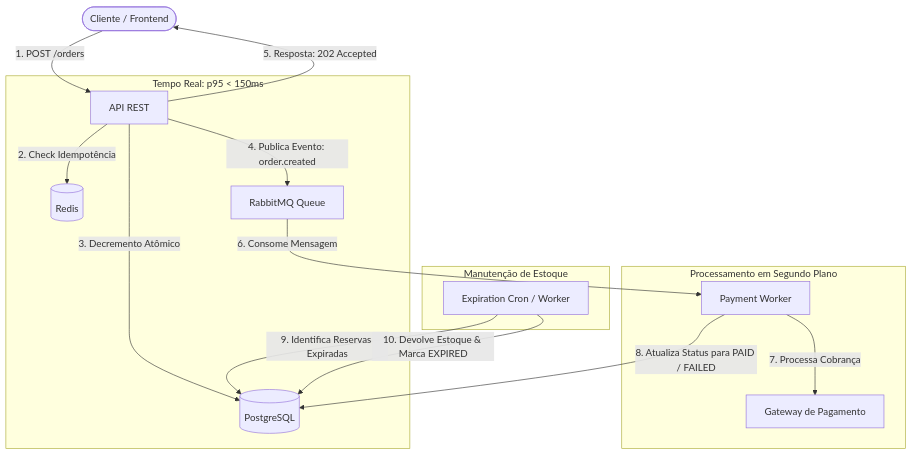
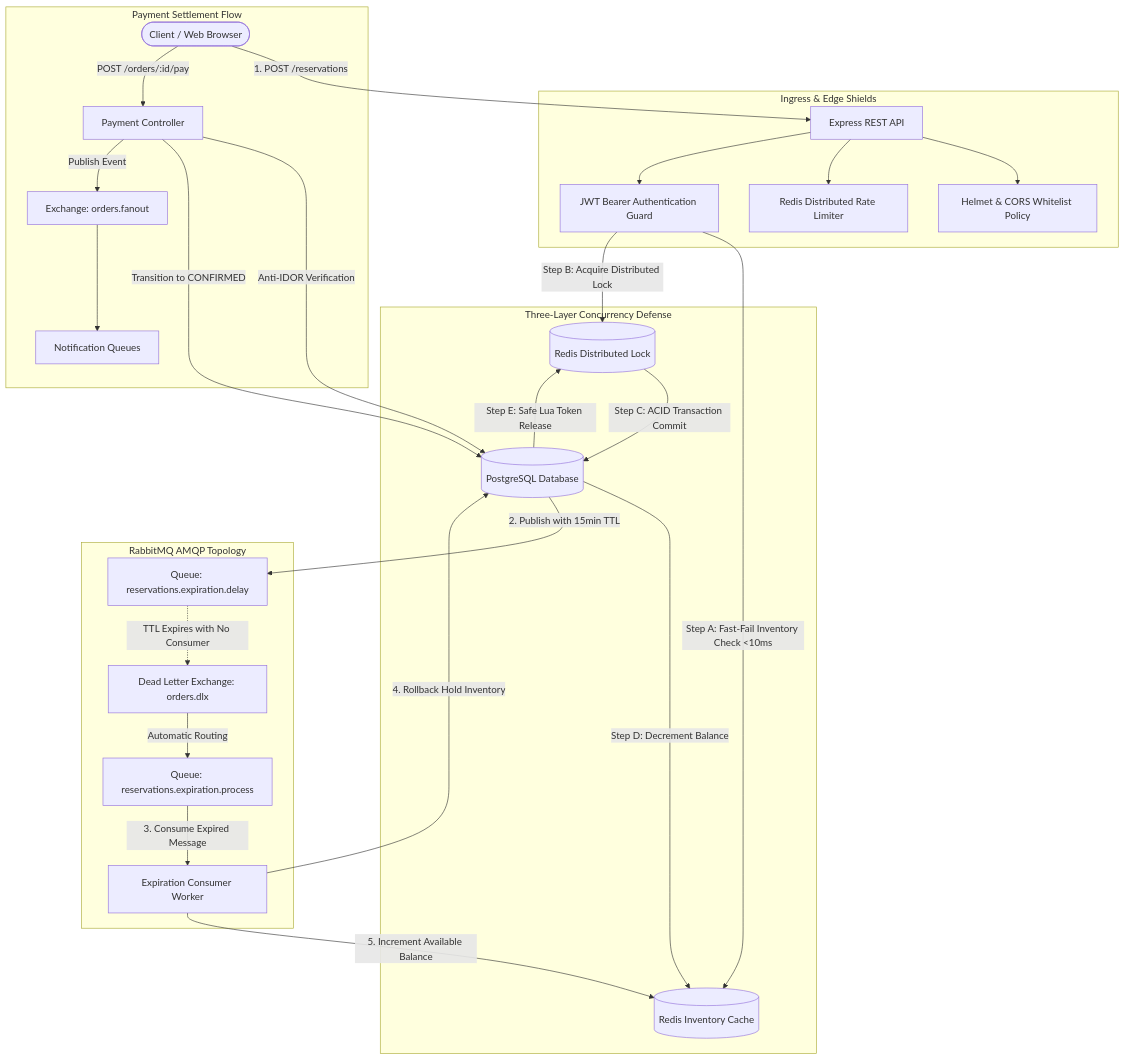
The first of 3 diagrams in docs/architecture.md (duduvf11/event-driven-ticketing-system), drawn with Mermaid before and after one commit. The commit also changed other lines of this file and 5 other files, not shown here.

````diff
--- a/docs/architecture.md
+++ b/docs/architecture.md
@@ -11,23 +16,35 @@
 ```mermaid
 flowchart TD
-    Client([Cliente / Frontend]) -->|1. POST /orders| API[API REST]
-    
-    subgraph Síncrono [Tempo Real: p95 < 150ms]
-        API -->|2. Check Idempotência| Redis[(Redis)]
-        API -->|3. Decremento Atômico| Postgres[(PostgreSQL)]
-        API -->|4. Publica Evento: order.created| RMQ[RabbitMQ Queue]
+    Client([Client / Web Browser]) -->|1. POST /reservations| API[Express REST API]
+
+    subgraph Guards [Ingress & Edge Shields]
+        API --> Helm[Helmet & CORS Whitelist Policy]
+        API --> RL[Redis Distributed Rate Limiter]
+        API --> Auth[JWT Bearer Authentication Guard]
     end
 
-    API -->|5. Resposta: 202 Accepted| Client
-
-    subgraph Assíncrono [Processamento em Segundo Plano]
-        RMQ -->|6. Consome Mensagem| Worker[Payment Worker]
-        Worker -->|7. Processa Cobrança| Gateway[Gateway de Pagamento]
-        Worker -->|8. Atualiza Status para PAID / FAILED| Postgres
+    subgraph Defense [Three-Layer Concurrency Defense]
+        Auth -->|Step A: Fast-Fail Inventory Check <10ms| RCache[(Redis Inventory Cache)]
+        Auth -->|Step B: Acquire Distributed Lock| RLock[(Redis Distributed Lock)]
+        RLock -->|Step C: ACID Transaction Commit| PG[(PostgreSQL Database)]
+        PG -->|Step D: Decrement Balance| RCache
+        PG -->|Step E: Safe Lua Token Release| RLock
     end
 
-    subgraph Manutenção de Estoque
-        Cron[Expiration Cron / Worker] -->|9. Identifica Reservas Expiradas| Postgres
-        Cron -->|10. Devolve Estoque & Marca EXPIRED| Postgres
+    subgraph Messaging [RabbitMQ AMQP Topology]
+        PG -->|2. Publish with 15min TTL| QDelay[Queue: reservations.expiration.delay]
+        QDelay -.->|TTL Expires with No Consumer| DLX[Dead Letter Exchange: orders.dlx]
+        DLX -->|Automatic Routing| QExp[Queue: reservations.expiration.process]
+        QExp -->|3. Consume Expired Message| ExpWorker[Expiration Consumer Worker]
+        ExpWorker -->|4. Rollback Hold Inventory| PG
+        ExpWorker -->|5. Increment Available Balance| RCache
+    end
+
+    subgraph Settlement [Payment Settlement Flow]
+        Client -->|POST /orders/:id/pay| PayHandler[Payment Controller]
+        PayHandler -->|Anti-IDOR Verification| PG
+        PayHandler -->|Transition to CONFIRMED| PG
+        PayHandler -->|Publish Event| Fanout[Exchange: orders.fanout]
+        Fanout --> EmailQueue[Notification Queues]
     end
 ```
````
